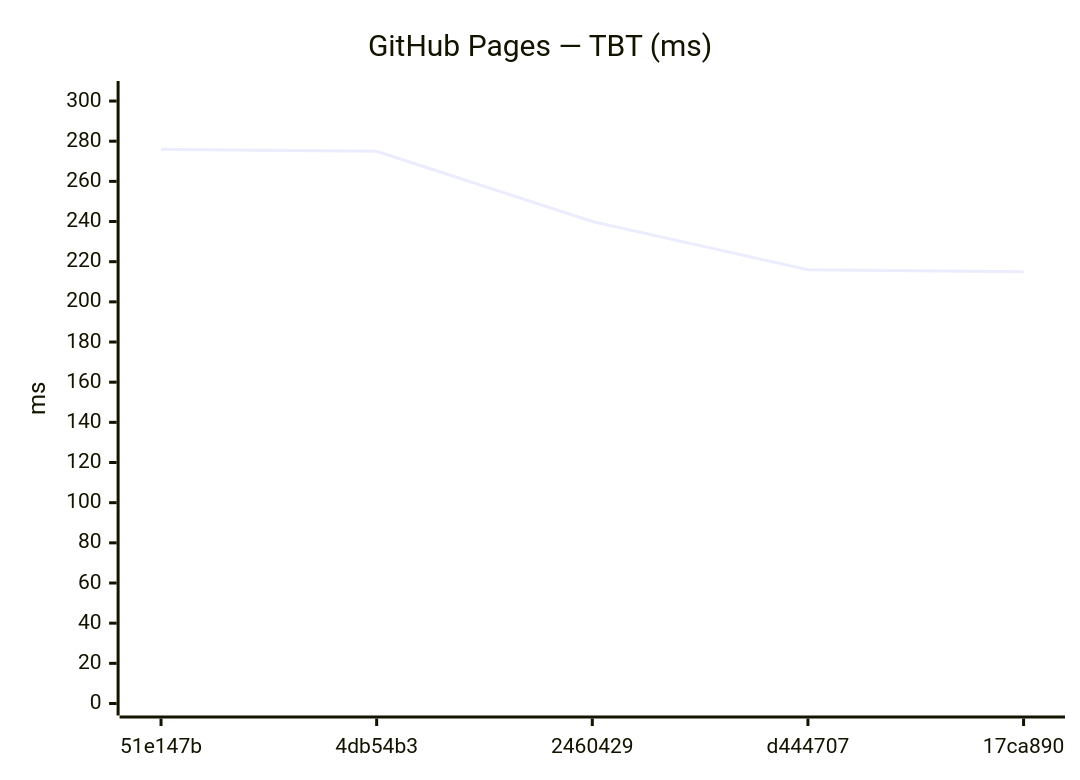
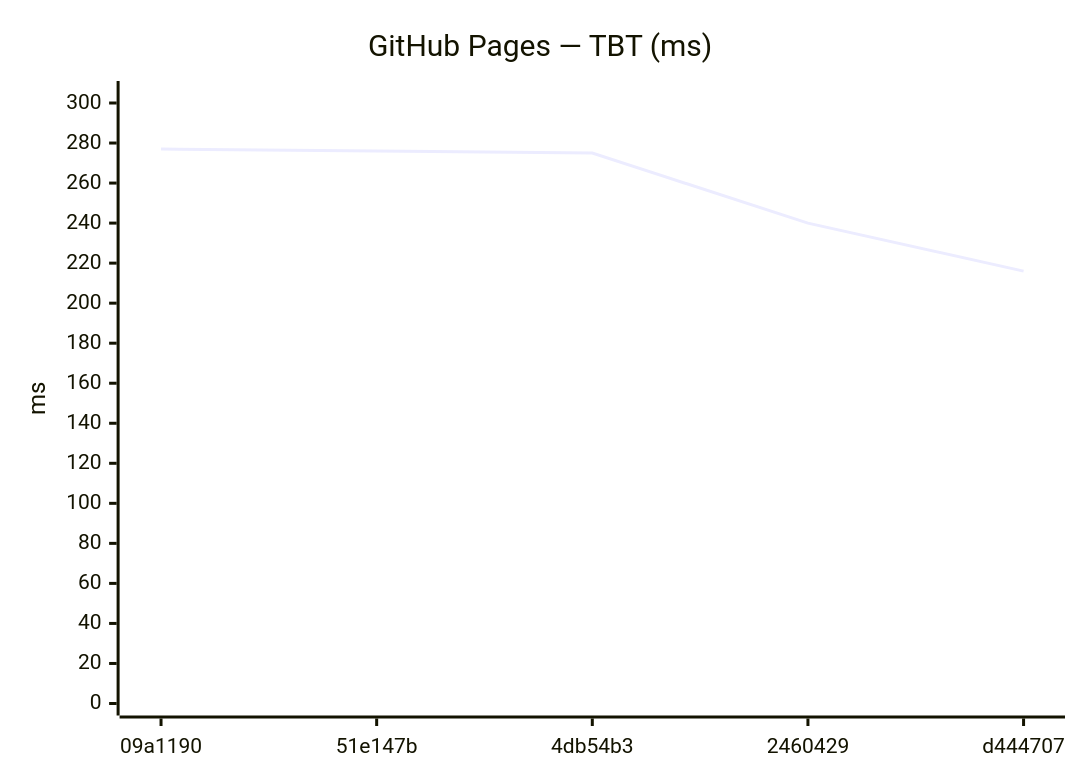
One commit to Metaheurist/Rianell changed the tenth of 18 diagrams in benchmarks/compare.md. Above: the diagram before and after it, drawn with Mermaid. The commit also changed other lines of this file and 11 other files, not shown here.

````diff
--- a/benchmarks/compare.md
+++ b/benchmarks/compare.md
@@ -149,7 +149,7 @@
 ```mermaid
 xychart-beta
     title "GitHub Pages — TBT (ms)"
-    x-axis ["51e147b", "4db54b3", "2460429", "d444707", "17ca890"]
-    y-axis "ms" 0 --> 304
-    line [276, 275, 240, 216, 215]
+    x-axis ["09a1190", "51e147b", "4db54b3", "2460429", "d444707"]
+    y-axis "ms" 0 --> 305
+    line [277, 276, 275, 240, 216]
 ```
````
